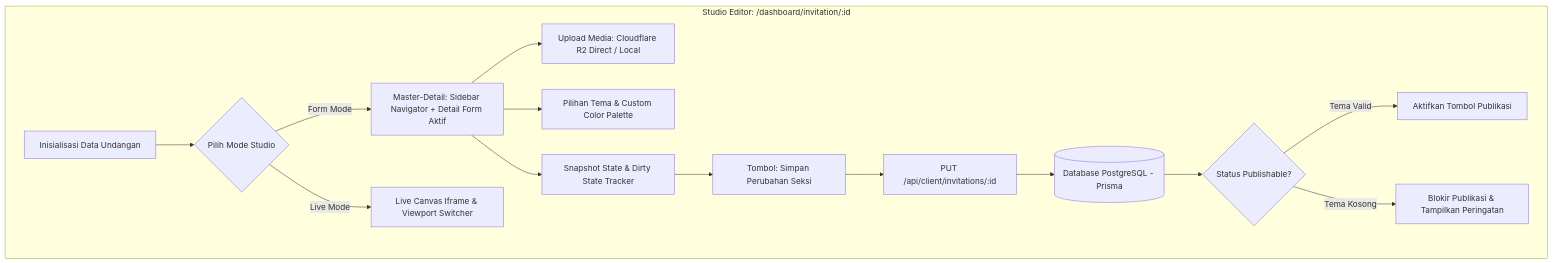
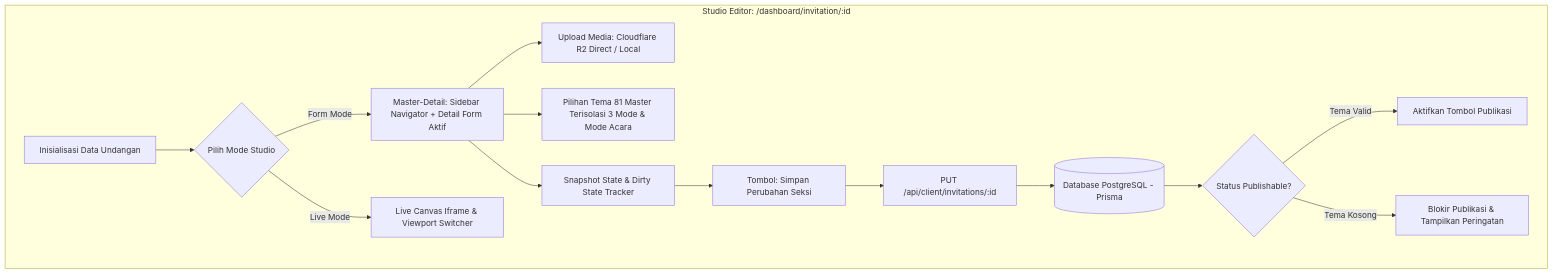
One commit to armansyam/luxenary-invite changed the diagram in docs/client/TAHAP_STUDIO_EDITOR_UNDANGAN.md. Above: the diagram before and after it, drawn with Mermaid. The commit also changed other lines of this file and 34 other files, not shown here.

````diff
--- a/docs/client/TAHAP_STUDIO_EDITOR_UNDANGAN.md
+++ b/docs/client/TAHAP_STUDIO_EDITOR_UNDANGAN.md
@@ -18,20 +18,20 @@
 ```mermaid
 flowchart TD
     subgraph ClientWorkspace [Studio Editor: /dashboard/invitation/:id]
         A[Inisialisasi Data Undangan] --> B{Pilih Mode Studio}
         B -->|Form Mode| C[Master-Detail: Sidebar Navigator + Detail Form Aktif]
         B -->|Live Mode| D[Live Canvas Iframe & Viewport Switcher]
         
         C --> E[Upload Media: Cloudflare R2 Direct / Local]
-        C --> F[Pilihan Tema & Custom Color Palette]
+        C --> F[Pilihan Tema 81 Master Terisolasi 3 Mode & Mode Acara]
         C --> G[Snapshot State & Dirty State Tracker]
         
         G --> H[Tombol: Simpan Perubahan Seksi]
         H --> I[PUT /api/client/invitations/:id]
         I --> J[(Database PostgreSQL - Prisma)]
         
         J --> K{Status Publishable?}
         K -->|Tema Valid| L[Aktifkan Tombol Publikasi]
         K -->|Tema Kosong| M[Blokir Publikasi & Tampilkan Peringatan]
     end
 ```
````
